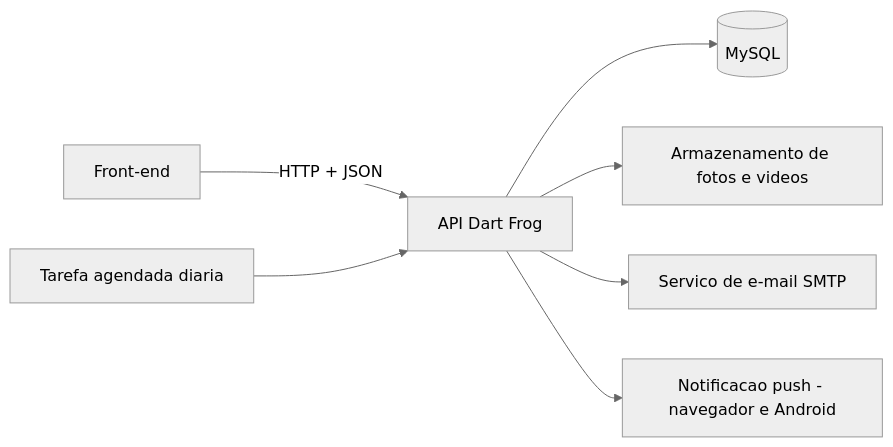
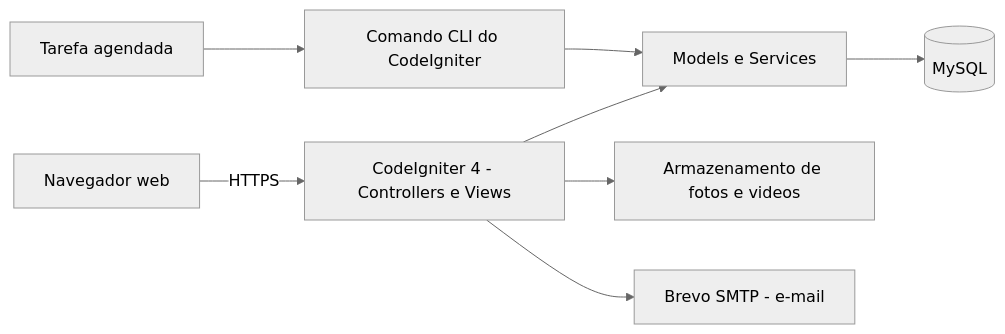
Before and after one commit to YanKayo23/BargainCar: the second of 2 diagrams in README.md, drawn with Mermaid (neutral theme). The commit also changed other lines of this file, not shown here.

````diff
--- a/README.md
+++ b/README.md
@@ -386,9 +385,10 @@
 ```mermaid
 flowchart LR
-    Front[Front-end] -->|HTTP + JSON| API[API Dart Frog]
-    API --> DB[(MySQL)]
-    API --> Arquivos[Armazenamento de fotos e videos]
-    API --> Email[Servico de e-mail SMTP]
-    API --> Push[Notificacao push - navegador e Android]
-    Cron[Tarefa agendada diaria] --> API
+    Navegador[Navegador web] -->|HTTPS| CI[CodeIgniter 4 - Controllers e Views]
+    CI --> Models[Models e Services]
+    Models --> DB[(MySQL)]
+    CI --> Arquivos[Armazenamento de fotos e videos]
+    CI --> Email[Brevo SMTP - e-mail]
+    Cron[Tarefa agendada] --> CLI[Comando CLI do CodeIgniter]
+    CLI --> Models
 ```
````
